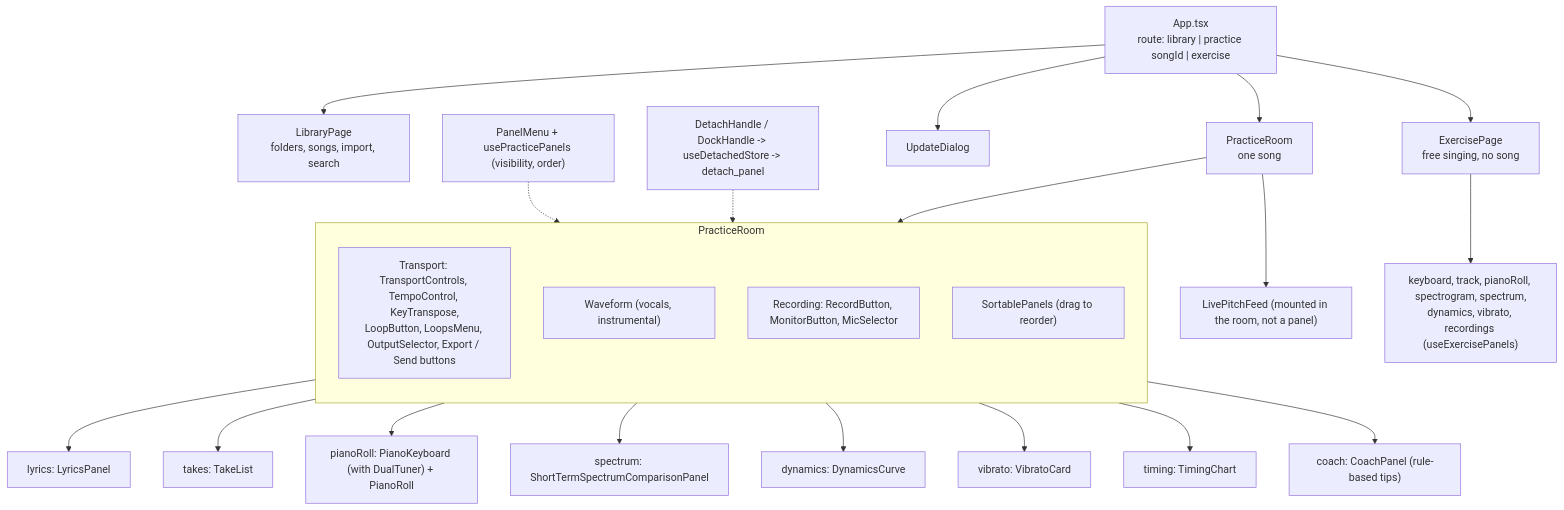
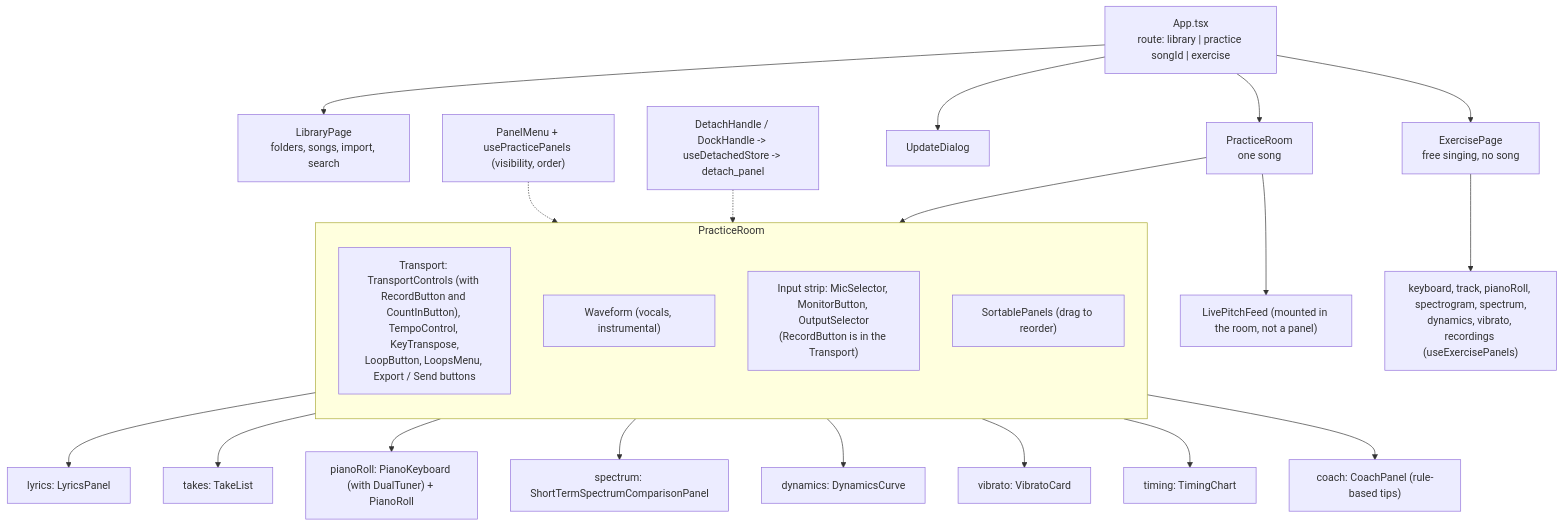
The second of 13 diagrams in wiki/uml.md (giamat90/vps), drawn with Mermaid before and after one commit. The commit also changed 1 other file, not shown here.

Commit message:
docs: uml.md follows Record into the transport, input strip box

````diff
--- a/wiki/uml.md
+++ b/wiki/uml.md
@@ -70,32 +70,32 @@
 ```mermaid
 flowchart TB
     APP["App.tsx<br/>route: library | practice songId | exercise"]
     APP --> LP["LibraryPage<br/>folders, songs, import, search"]
     APP --> PR["PracticeRoom<br/>one song"]
     APP --> EP["ExercisePage<br/>free singing, no song"]
     APP --> UD["UpdateDialog"]
 
     subgraph pr["PracticeRoom"]
         direction TB
-        TOP["Transport: TransportControls, TempoControl, KeyTranspose,<br/>LoopButton, LoopsMenu, OutputSelector, Export / Send buttons"]
+        TOP["Transport: TransportControls (with RecordButton and CountInButton), TempoControl, KeyTranspose,<br/>LoopButton, LoopsMenu, Export / Send buttons"]
         WF["Waveform (vocals, instrumental)"]
-        REC["Recording: RecordButton, MonitorButton, MicSelector"]
+        REC["Input strip: MicSelector, MonitorButton, OutputSelector<br/>(RecordButton is in the Transport)"]
         SP["SortablePanels (drag to reorder)"]
     end
     PR --> pr
     PR --> LPFC["LivePitchFeed (mounted in the room, not a panel)"]
     SP --> P1["lyrics: LyricsPanel"]
     SP --> P2["takes: TakeList"]
     SP --> P3["pianoRoll: PianoKeyboard (with DualTuner) + PianoRoll"]
     SP --> P4["spectrum: ShortTermSpectrumComparisonPanel"]
     SP --> P5["dynamics: DynamicsCurve"]
     SP --> P6["vibrato: VibratoCard"]
     SP --> P7["timing: TimingChart"]
     SP --> P8["coach: CoachPanel (rule-based tips)"]
 
     PM["PanelMenu + usePracticePanels (visibility, order)"]
     DH["DetachHandle / DockHandle -> useDetachedStore -> detach_panel"]
     PM -.-> SP
     DH -.-> SP
     EP --> E1["keyboard, track, pianoRoll, spectrogram, spectrum,<br/>dynamics, vibrato, recordings (useExercisePanels)"]
 ```
````
